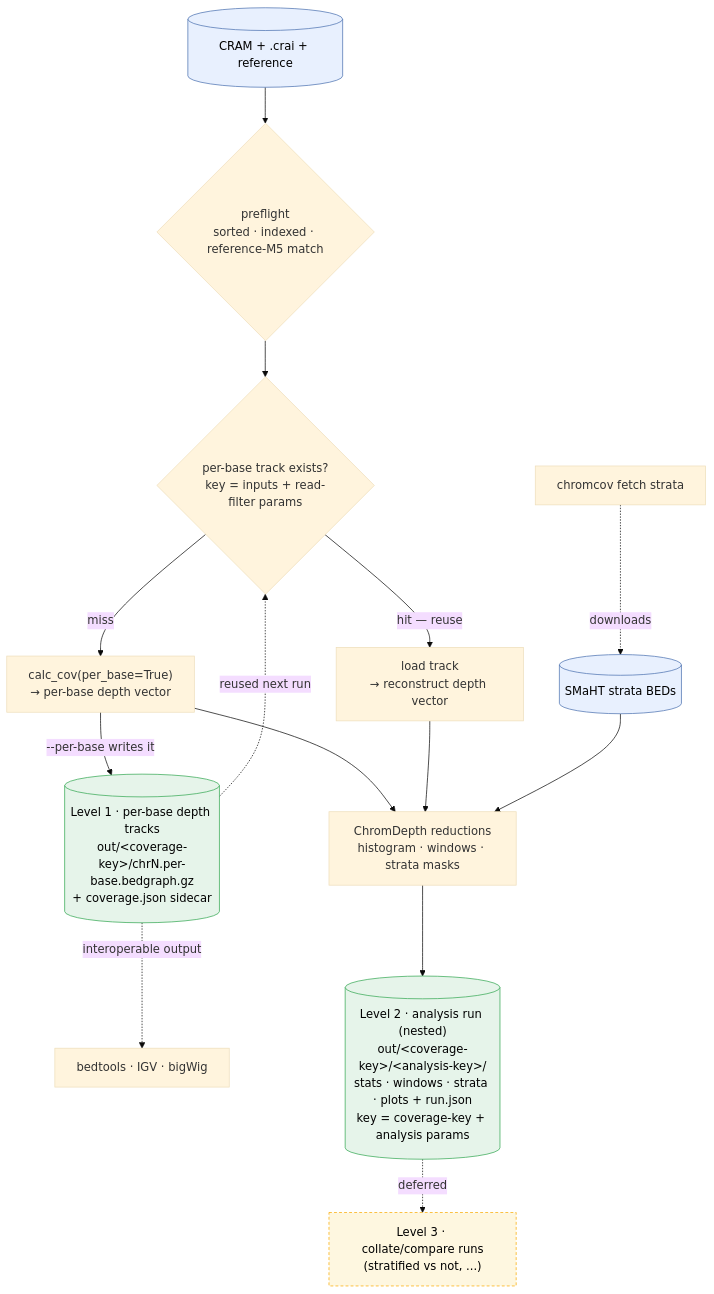
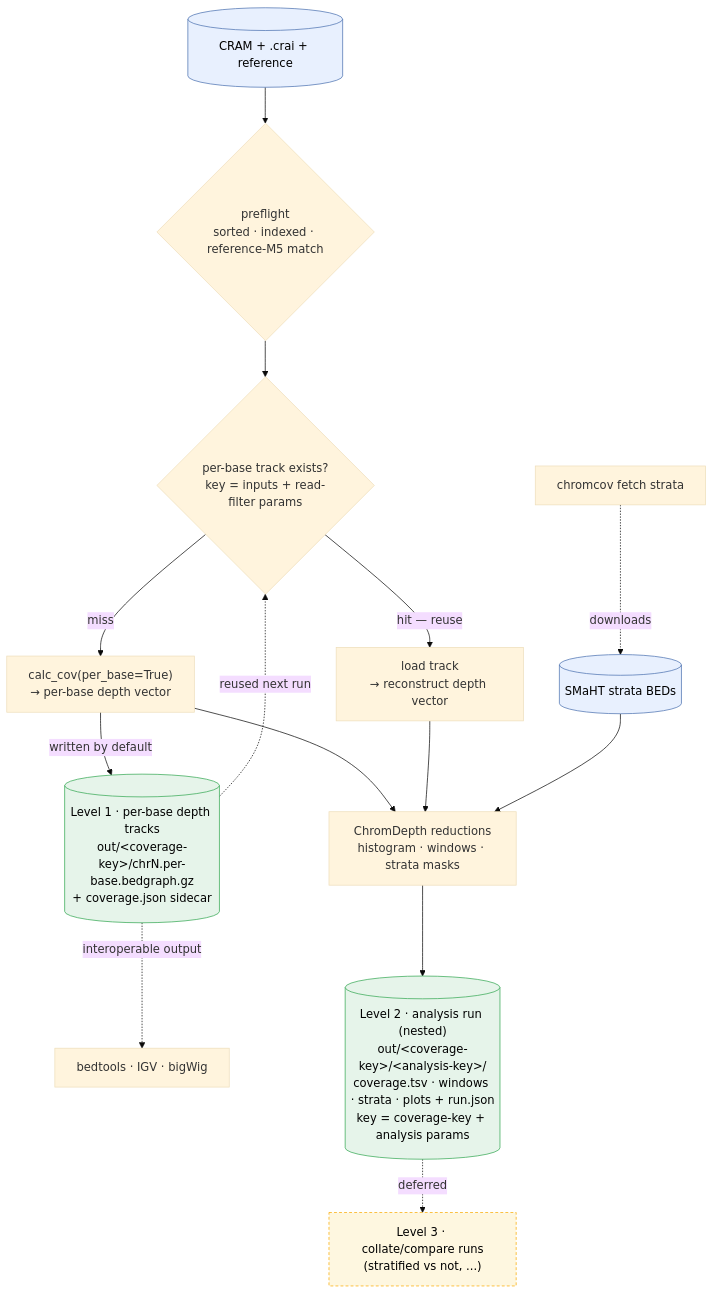
The first of 2 diagrams in WORKFLOW.md (lenorakepler/ParkLab-ChromCov), drawn with Mermaid (base theme) before and after one commit. The commit also changed other lines of this file and 9 other files, not shown here.

First line of the commit message:
Unify to one `coverage` command; full run is the default, --fast downgrades

````diff
--- a/WORKFLOW.md
+++ b/WORKFLOW.md
@@ -9,28 +9,28 @@
 ```mermaid
 flowchart TD
     CRAM[("CRAM + .crai + reference")]:::in
     BEDS[("SMaHT strata BEDs")]:::in
     FETCH["chromcov fetch strata"] -.->|downloads| BEDS
 
     CRAM --> PRE{"preflight<br/>sorted · indexed · reference-M5 match"}
 
     PRE --> DECIDE{"per-base track exists?<br/>key = inputs + read-filter params"}
     DECIDE -->|"miss"| CALC["calc_cov(per_base=True)<br/>→ per-base depth vector"]
     DECIDE -->|"hit — reuse"| LOAD["load track<br/>→ reconstruct depth vector"]
 
-    CALC -->|"--per-base writes it"| TRACK[("Level 1 · per-base depth tracks<br/>out/&lt;coverage-key&gt;/chrN.per-base.bedgraph.gz<br/>+ coverage.json sidecar")]:::out
+    CALC -->|"written by default"| TRACK[("Level 1 · per-base depth tracks<br/>out/&lt;coverage-key&gt;/chrN.per-base.bedgraph.gz<br/>+ coverage.json sidecar")]:::out
     TRACK -.->|reused next run| DECIDE
     TRACK -.->|"interoperable output"| EXT["bedtools · IGV · bigWig"]
 
     CALC --> RED["ChromDepth reductions<br/>histogram · windows · strata masks"]
     LOAD --> RED
     BEDS --> RED
 
-    RED --> ANALYSIS[("Level 2 · analysis run (nested)<br/>out/&lt;coverage-key&gt;/&lt;analysis-key&gt;/<br/>stats · windows · strata · plots + run.json<br/>key = coverage-key + analysis params")]:::out
+    RED --> ANALYSIS[("Level 2 · analysis run (nested)<br/>out/&lt;coverage-key&gt;/&lt;analysis-key&gt;/<br/>coverage.tsv · windows · strata · plots + run.json<br/>key = coverage-key + analysis params")]:::out
 
     ANALYSIS -.->|deferred| COLLATE["Level 3 · collate/compare runs<br/>(stratified vs not, ...)"]:::todo
 
     classDef in fill:#e8f0fe,stroke:#4c72b0,color:#000;
     classDef out fill:#e6f4ea,stroke:#34a853,color:#000;
     classDef todo fill:#fef7e0,stroke:#f9ab00,stroke-dasharray:4 3,color:#000;
 ```
````
